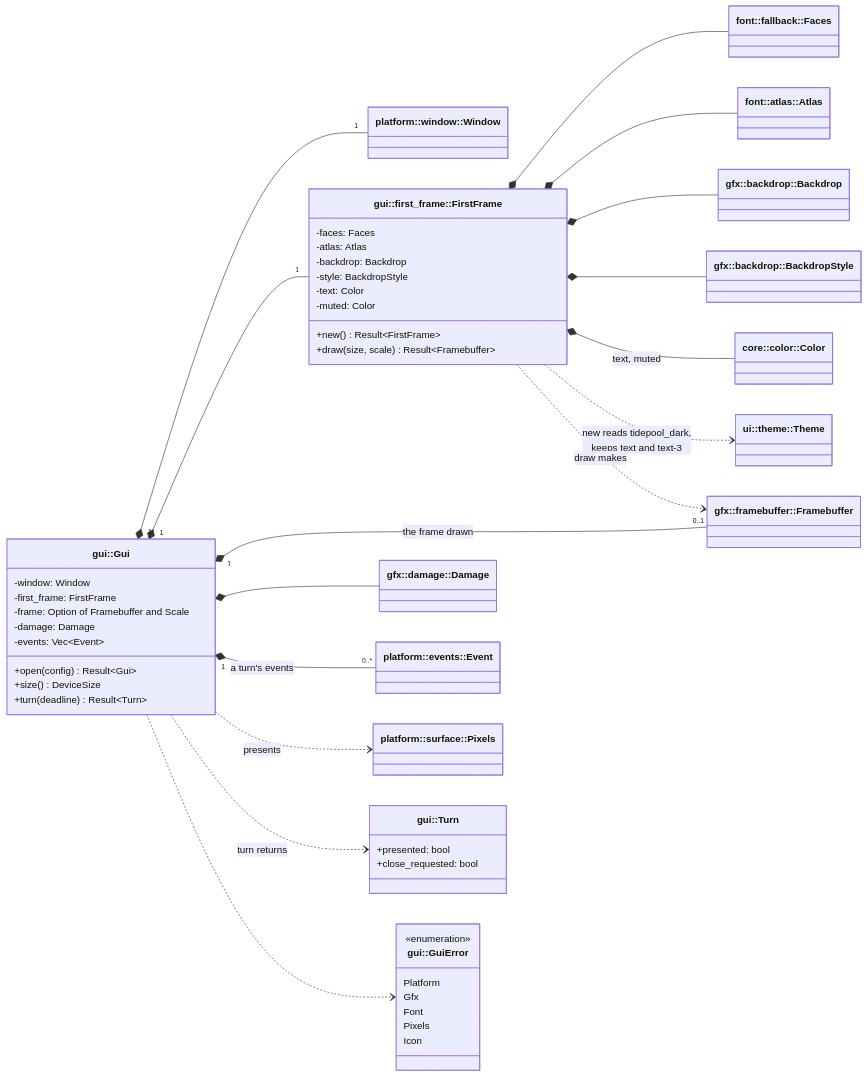
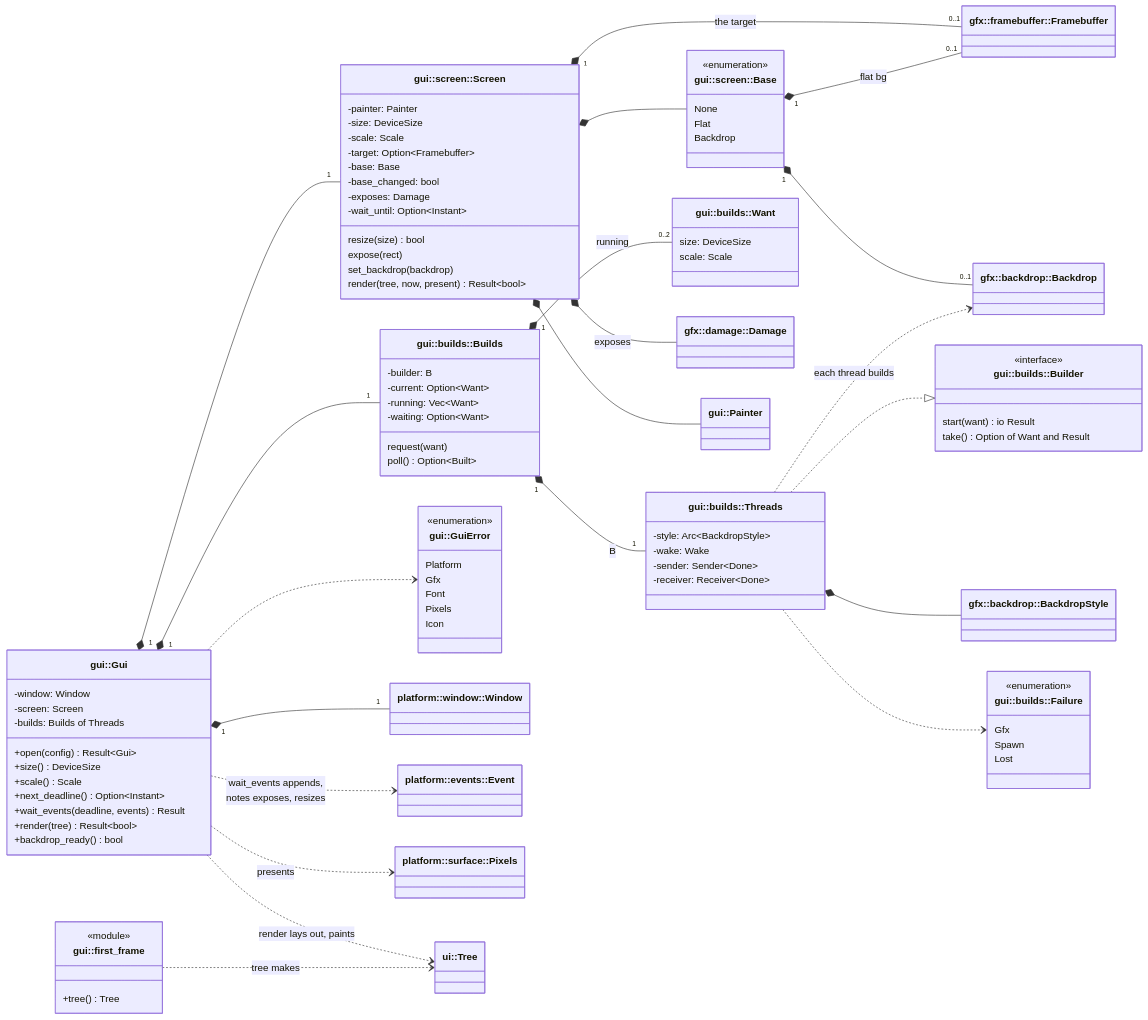
Before and after one commit to jabbott-iii/Tidepool: diagram 41 of 51 in diagrams/class-diagrams.md, drawn with Mermaid. The commit also changed other lines of this file and 27 other files, not shown here.

First line of the commit message:
feat(gui,app)!: the event-driven main loop (M3.8, ADR-0059)

````diff
--- a/diagrams/class-diagrams.md
+++ b/diagrams/class-diagrams.md
@@ -3663,27 +3667,68 @@
     direction LR
     class Gui["gui::Gui"] {
         -window: Window
-        -first_frame: FirstFrame
-        -frame: Option of Framebuffer and Scale
-        -damage: Damage
-        -events: Vec~Event~
+        -screen: Screen
+        -builds: Builds of Threads
         +open(config) Result~Gui~
         +size() DeviceSize
-        +turn(deadline) Result~Turn~
+        +scale() Scale
+        +next_deadline() Option~Instant~
+        +wait_events(deadline, events) Result
+        +render(tree) Result~bool~
+        +backdrop_ready() bool
     }
-    class Turn["gui::Turn"] {
-        +presented: bool
-        +close_requested: bool
+    class Screen["gui::screen::Screen"] {
+        -painter: Painter
+        -size: DeviceSize
+        -scale: Scale
+        -target: Option~Framebuffer~
+        -base: Base
+        -base_changed: bool
+        -exposes: Damage
+        -wait_until: Option~Instant~
+        resize(size) bool
+        expose(rect)
+        set_backdrop(backdrop)
+        render(tree, now, present) Result~bool~
     }
-    class FirstFrame["gui::first_frame::FirstFrame"] {
-        -faces: Faces
-        -atlas: Atlas
-        -backdrop: Backdrop
-        -style: BackdropStyle
-        -text: Color
-        -muted: Color
-        +new() Result~FirstFrame~
-        +draw(size, scale) Result~Framebuffer~
+    class Base["gui::screen::Base"] {
+        <<enumeration>>
+        None
+        Flat
+        Backdrop
+    }
+    class Builds["gui::builds::Builds"] {
+        -builder: B
+        -current: Option~Want~
+        -running: Vec~Want~
+        -waiting: Option~Want~
+        request(want)
+        poll() Option~Built~
+    }
+    class Builder["gui::builds::Builder"] {
+        <<interface>>
+        start(want) io Result
+        take() Option of Want and Result
+    }
+    class Threads["gui::builds::Threads"] {
+        -style: Arc~BackdropStyle~
+        -wake: Wake
+        -sender: Sender~Done~
+        -receiver: Receiver~Done~
+    }
+    class Want["gui::builds::Want"] {
+        size: DeviceSize
+        scale: Scale
+    }
+    class Failure["gui::builds::Failure"] {
+        <<enumeration>>
+        Gfx
+        Spawn
+        Lost
+    }
+    class FirstFrameFns["gui::first_frame"] {
+        <<module>>
+        +tree() Tree
     }
     class GuiError["gui::GuiError"] {
         <<enumeration>>
@@ -3700,24 +3745,27 @@
     class Damage["gfx::damage::Damage"]
     class Backdrop["gfx::backdrop::Backdrop"]
     class BackdropStyle["gfx::backdrop::BackdropStyle"]
-    class Faces["font::fallback::Faces"]
-    class Atlas["font::atlas::Atlas"]
-    class Theme["ui::theme::Theme"]
-    class Color["core::color::Color"]
+    class Painter["gui::Painter"]
+    class Tree["ui::Tree"]
 
     Gui "1" *-- "1" Window
-    Gui "1" *-- "1" FirstFrame
-    Gui "1" *-- "0..1" Framebuffer : the frame drawn
-    Gui *-- Damage
-    Gui "1" *-- "0..*" Event : a turn's events
+    Gui "1" *-- "1" Screen
+    Gui "1" *-- "1" Builds
+    Gui ..> Event : wait_events appends,<br/>notes exposes, resizes
     Gui ..> Pixels : presents
-    Gui ..> Turn : turn returns
+    Gui ..> Tree : render lays out, paints
     Gui ..> GuiError
-    FirstFrame *-- Faces
-    FirstFrame *-- Atlas
-    FirstFrame *-- Backdrop
-    FirstFrame *-- BackdropStyle
-    FirstFrame *-- Color : text, muted
-    FirstFrame ..> Theme : new reads tidepool_dark,<br/>keeps text and text-3
-    FirstFrame ..> Framebuffer : draw makes
+    Screen *-- Painter
+    Screen "1" *-- "0..1" Framebuffer : the target
+    Screen *-- Base
+    Screen *-- Damage : exposes
+    Base "1" *-- "0..1" Framebuffer : flat bg
+    Base "1" *-- "0..1" Backdrop
+    Builds "1" *-- "1" Threads : B
+    Builds "1" *-- "0..2" Want : running
+    Threads ..|> Builder
+    Threads *-- BackdropStyle
+    Threads ..> Backdrop : each thread builds
+    Threads ..> Failure
+    FirstFrameFns ..> Tree : tree makes
 ```
````
